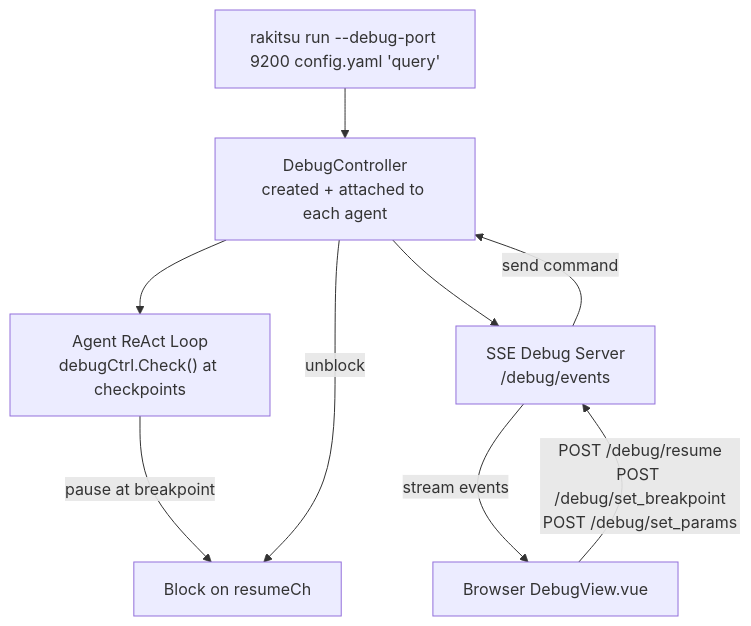
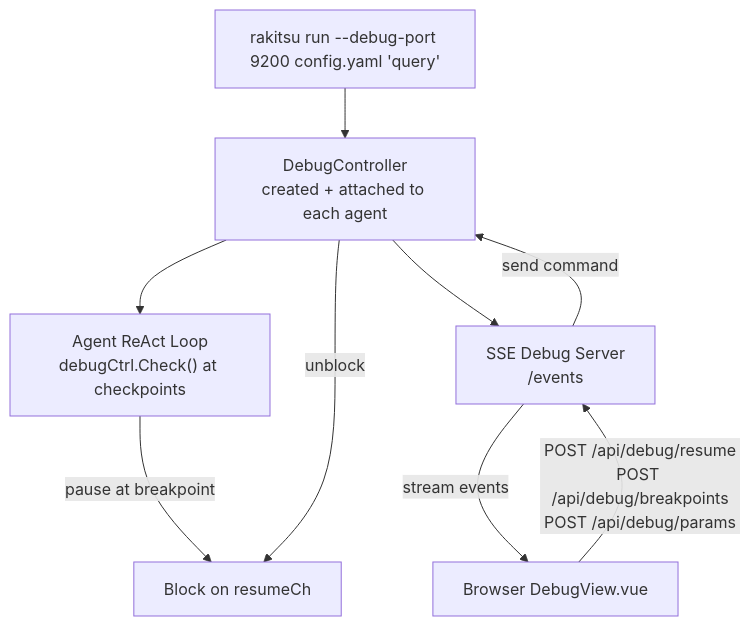
One commit to SK-ENT/rakitsu changed diagram 22 of 27 in docs/SYSTEM-SPEC.md. Above: the diagram before and after it, drawn with Mermaid. The commit also changed other lines of this file and 30 other files, not shown here.

````diff
--- a/docs/SYSTEM-SPEC.md
+++ b/docs/SYSTEM-SPEC.md
@@ -1103,12 +1103,12 @@
 ```mermaid
 flowchart TD
     CMD["rakitsu run --debug-port 9200 config.yaml 'query'"]
     CMD --> DC["DebugController\ncreated + attached to each agent"]
     DC --> LOOP["Agent ReAct Loop\ndebugCtrl.Check() at checkpoints"]
-    DC --> SSED["SSE Debug Server\n/debug/events"]
+    DC --> SSED["SSE Debug Server\n/events"]
     LOOP -->|pause at breakpoint| BLOCK["Block on resumeCh"]
     SSED -->|stream events| BROWSER["Browser DebugView.vue"]
-    BROWSER -->|"POST /debug/resume\nPOST /debug/set_breakpoint\nPOST /debug/set_params"| SSED
+    BROWSER -->|"POST /api/debug/resume\nPOST /api/debug/breakpoints\nPOST /api/debug/params"| SSED
     SSED -->|send command| DC
     DC -->|unblock| BLOCK
 ```
````
